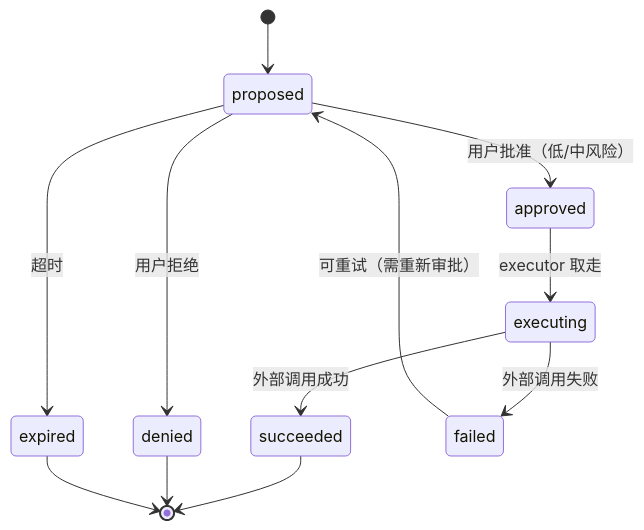
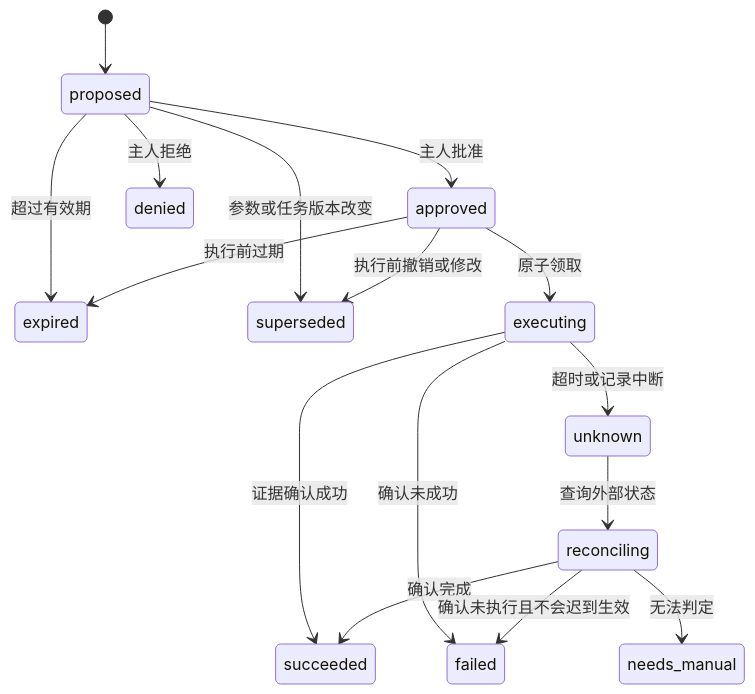
Before and after one commit to yuanbaoerer/personal-agent: the third of 3 diagrams in docs/02-architecture.md, drawn with Mermaid. The commit also changed other lines of this file and 7 other files, not shown here.

````diff
--- a/docs/02-architecture.md
+++ b/docs/02-architecture.md
@@ -259,14 +190,18 @@
 ```mermaid
 stateDiagram-v2
   [*] --> proposed
-  proposed --> approved: 用户批准（低/中风险）
-  proposed --> denied: 用户拒绝
-  proposed --> expired: 超时
-  approved --> executing: executor 取走
-  executing --> succeeded: 外部调用成功
-  executing --> failed: 外部调用失败
-  failed --> proposed: 可重试（需重新审批）
-  succeeded --> [*]
-  denied --> [*]
-  expired --> [*]
+  proposed --> approved: 主人批准
+  proposed --> denied: 主人拒绝
+  proposed --> expired: 超过有效期
+  proposed --> superseded: 参数或任务版本改变
+  approved --> executing: 原子领取
+  approved --> superseded: 执行前撤销或修改
+  approved --> expired: 执行前过期
+  executing --> succeeded: 证据确认成功
+  executing --> failed: 确认未成功
+  executing --> unknown: 超时或记录中断
+  unknown --> reconciling: 查询外部状态
+  reconciling --> succeeded: 确认完成
+  reconciling --> failed: 确认未执行且不会迟到生效
+  reconciling --> needs_manual: 无法判定
 ```
````
